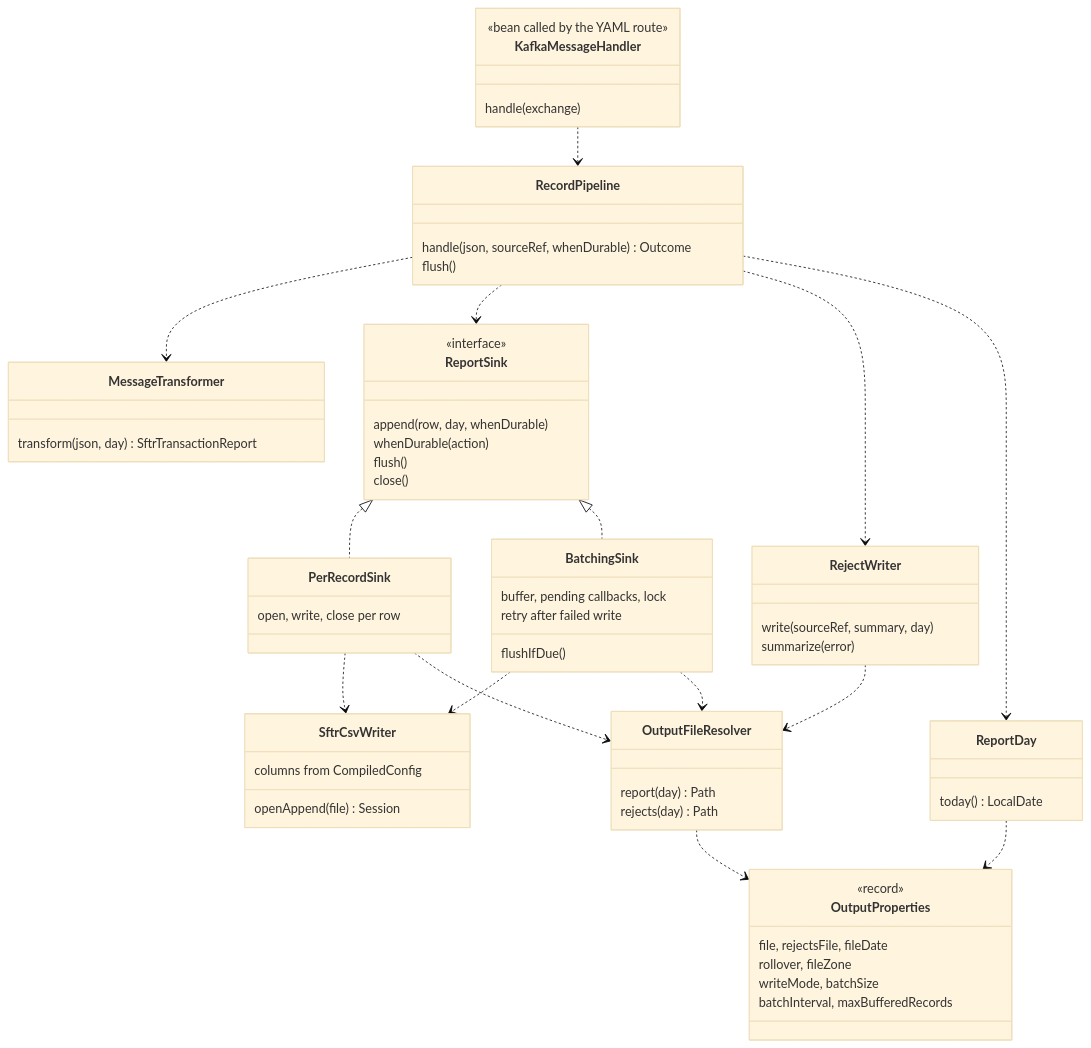
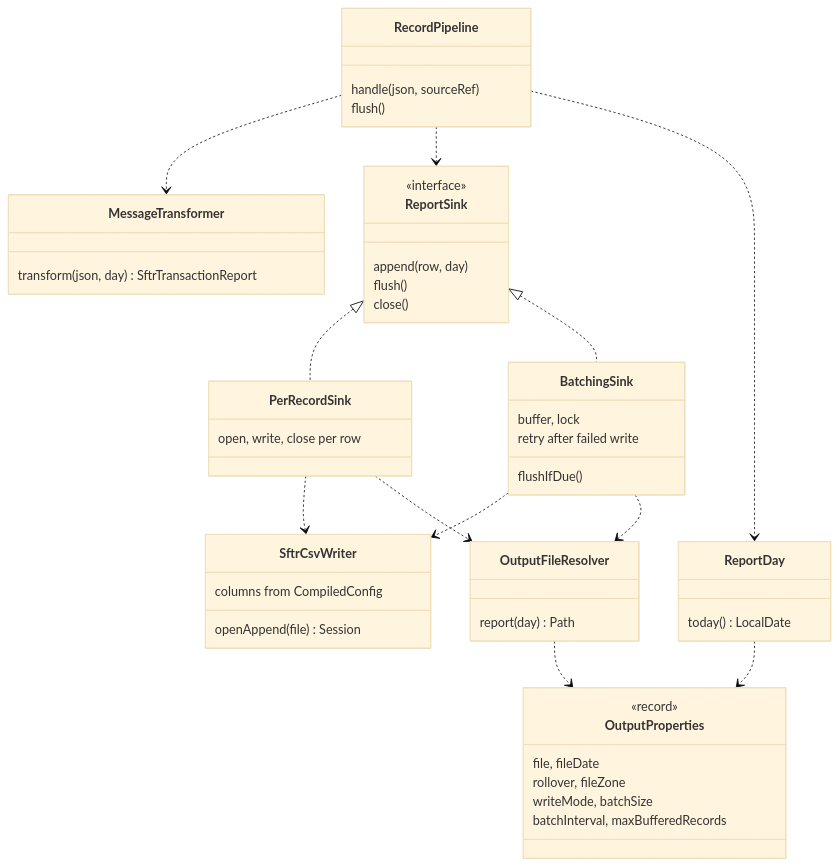
Before and after one commit to shanregs/msg-transformer: the sixth of 13 diagrams in docs/c4-architecture.md, drawn with Mermaid (base theme). The commit also changed other lines of this file and 72 other files, not shown here.

````diff
--- a/docs/c4-architecture.md
+++ b/docs/c4-architecture.md
@@ -179,66 +225,53 @@
 ```mermaid
 classDiagram
     class RecordPipeline {
-        handle(json, sourceRef, whenDurable) Outcome
+        handle(json, sourceRef)
         flush()
     }
     class MessageTransformer {
         transform(json, day) SftrTransactionReport
     }
     class ReportSink {
         <<interface>>
-        append(row, day, whenDurable)
-        whenDurable(action)
+        append(row, day)
         flush()
         close()
     }
     class PerRecordSink {
         open, write, close per row
     }
     class BatchingSink {
-        buffer, pending callbacks, lock
+        buffer, lock
         flushIfDue()
         retry after failed write
     }
-    class RejectWriter {
-        write(sourceRef, summary, day)
-        summarize(error)
-    }
     class OutputFileResolver {
         report(day) Path
-        rejects(day) Path
     }
     class ReportDay {
         today() LocalDate
     }
     class OutputProperties {
         <<record>>
-        file, rejectsFile, fileDate
+        file, fileDate
         rollover, fileZone
         writeMode, batchSize
         batchInterval, maxBufferedRecords
-    }
-    class KafkaMessageHandler {
-        <<bean called by the YAML route>>
-        handle(exchange)
     }
     class SftrCsvWriter {
         columns from CompiledConfig
         openAppend(file) Session
     }
 
     ReportSink <|.. PerRecordSink
     ReportSink <|.. BatchingSink
     RecordPipeline ..> MessageTransformer
     RecordPipeline ..> ReportSink
-    RecordPipeline ..> RejectWriter
     RecordPipeline ..> ReportDay
     PerRecordSink ..> SftrCsvWriter
     BatchingSink ..> SftrCsvWriter
     PerRecordSink ..> OutputFileResolver
     BatchingSink ..> OutputFileResolver
-    RejectWriter ..> OutputFileResolver
     OutputFileResolver ..> OutputProperties
     ReportDay ..> OutputProperties
-    KafkaMessageHandler ..> RecordPipeline
 ```
````
